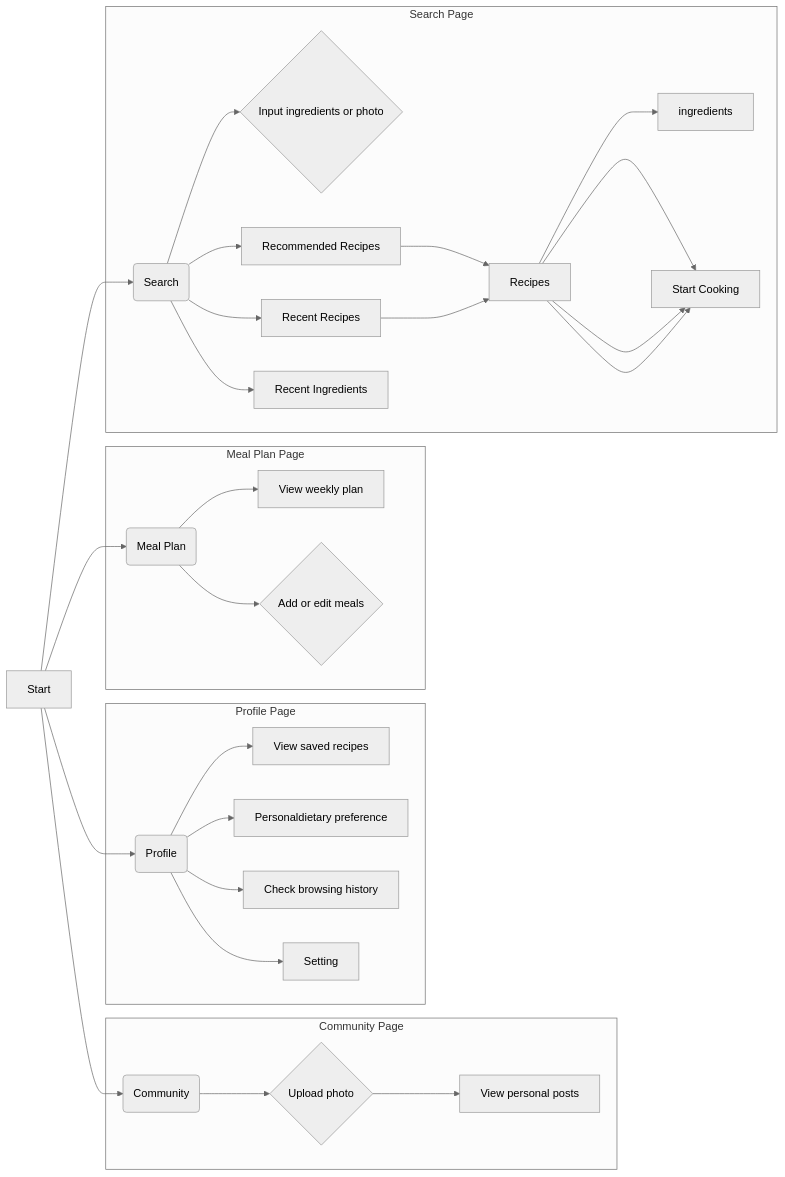
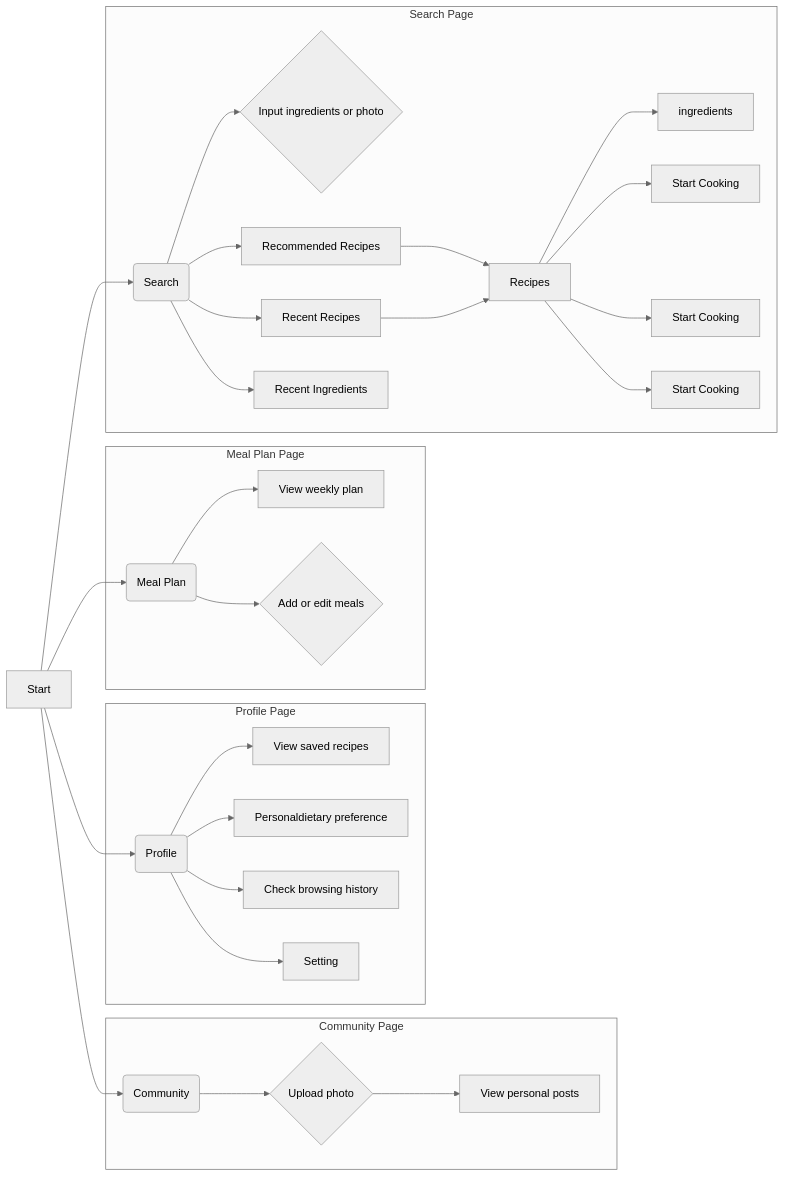
Before and after one commit to seven8301/iodraw-files: the diagram in all/未命名-2.md, drawn with Mermaid (neutral theme).

Commit message:
2025-04-09 20:46:00 update

````diff
--- a/all/未命名-2.md
+++ b/all/未命名-2.md
@@ -1,37 +1,37 @@
 ```mermaid
 graph LR
     A[Start] --> B(Search);
     A --> C(Community);
     A --> D(Meal Plan);
     A --> E(Profile);
 
     
     subgraph "Profile Page"
         E --> L[View saved recipes];
         E --> Q[Personaldietary preference];
         E --> M[Check browsing history];
         E --> P[Setting];
 
         
     end
       subgraph "Meal Plan Page"
         D --> J[View weekly plan];
         D --> K{Add or edit meals};
     end
      subgraph "Community Page"
         C --> H{Upload photo};
         H --> I[View personal posts];
     end
     subgraph "Search Page"
         B --> F{Input ingredients or photo};
         B --> G[Recommended Recipes];
         G --> R[Recipes];
         O --> R[Recipes];
         R --> S[ingredients];
         R --> T[Start Cooking];
-        R --> T[Start Cooking];
-        R --> T[Start Cooking];
+        R --> U[Start Cooking];
+        R --> V[Start Cooking];
         B --> N[Recent Ingredients];
         B --> O[Recent Recipes];
     end
 ```
````
